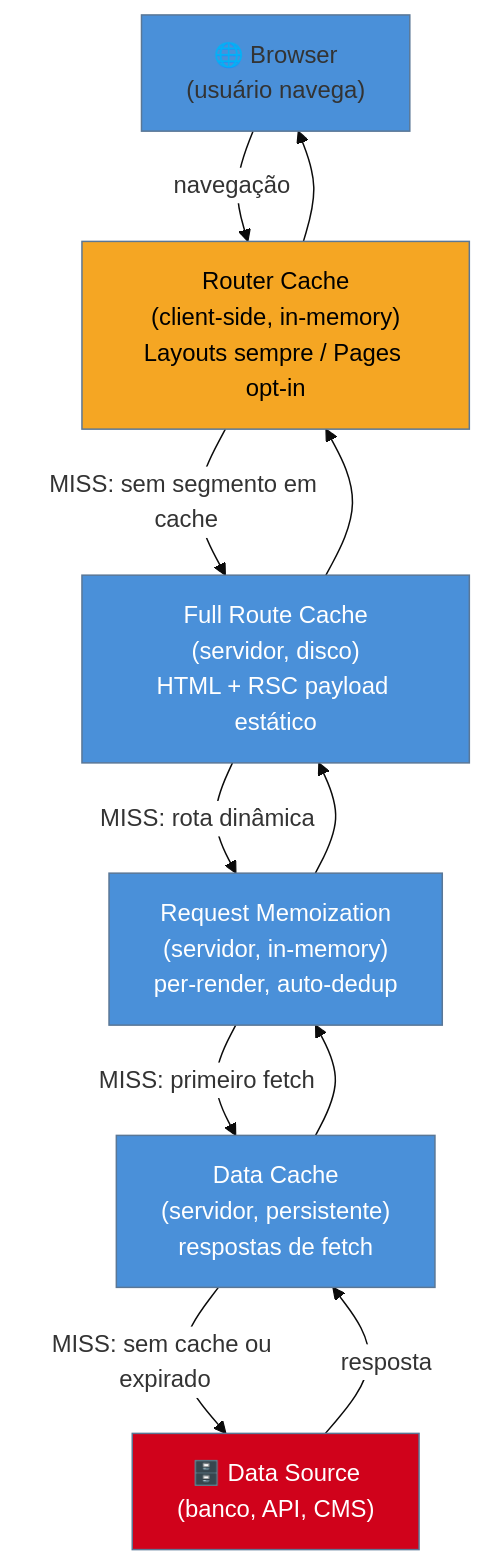
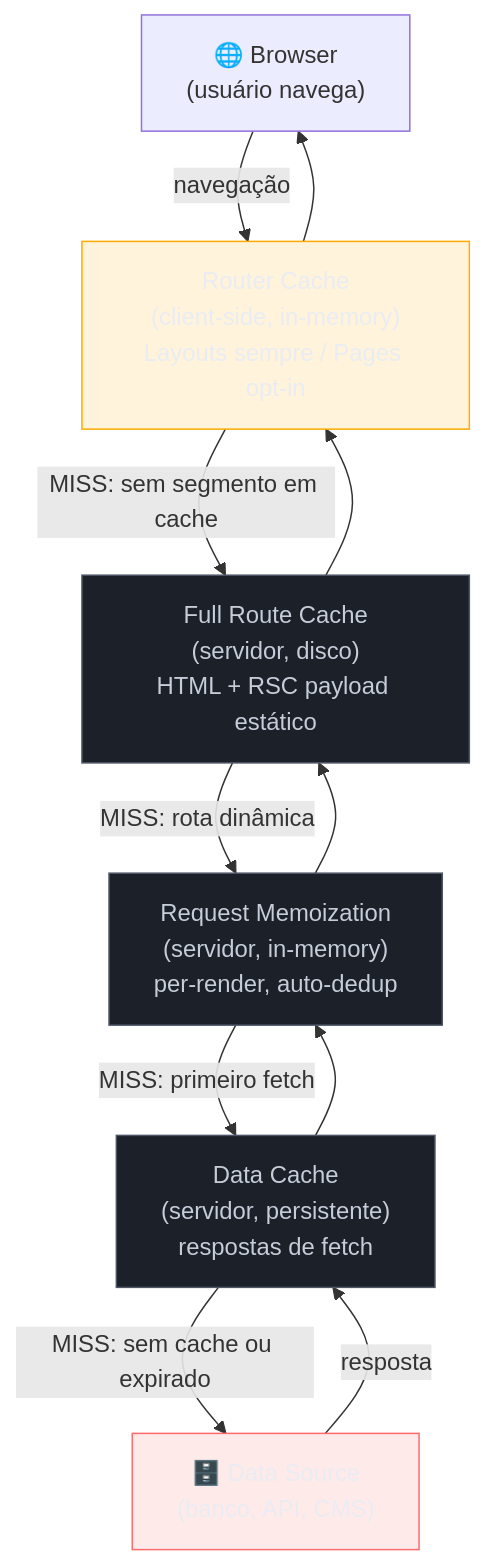
Before and after one commit to josenaldo/codex-technomanticus: the first of 2 diagrams in 03-Dominios/Tecnologia/React/Next.js/07 - O modelo de caching do Next 15.md, drawn with Mermaid. The commit also changed other lines of this file and 1181 other files, not shown here.

First line of the commit message:
fix(diagramas): paleta do sistema no lugar de cor cravada no markdown

````diff
--- a/03-Dominios/Tecnologia/React/Next.js/07 - O modelo de caching do Next 15.md
+++ b/03-Dominios/Tecnologia/React/Next.js/07 - O modelo de caching do Next 15.md
@@ -37,27 +37,29 @@
 ```mermaid
-%%{init: {"theme": "base", "themeVariables": {"primaryColor": "#4A90D9", "edgeLabelBackground": "#ffffff"}}}%%
 graph TD
+    classDef destaque fill:#FFAA0024,stroke:#FFAA00,color:#E9ECF2
+    classDef neutro fill:#1B2029,stroke:#4E5666,color:#C6CCD8
+    classDef falha fill:#FF6B6B24,stroke:#FF6B6B,color:#E9ECF2
     Browser["🌐 Browser\n(usuário navega)"]
     RC["Router Cache\n(client-side, in-memory)\nLayouts sempre / Pages opt-in"]
     FRC["Full Route Cache\n(servidor, disco)\nHTML + RSC payload estático"]
     DC["Data Cache\n(servidor, persistente)\nrespostas de fetch"]
     RM["Request Memoization\n(servidor, in-memory)\nper-render, auto-dedup"]
     DB["🗄️ Data Source\n(banco, API, CMS)"]
 
     Browser -->|"navegação"| RC
     RC -->|"MISS: sem segmento em cache"| FRC
     FRC -->|"MISS: rota dinâmica"| RM
     RM -->|"MISS: primeiro fetch"| DC
     DC -->|"MISS: sem cache ou expirado"| DB
     DB -->|"resposta"| DC
     DC --> RM
     RM --> FRC
     FRC --> RC
     RC --> Browser
 
-    style RC fill:#F5A623,color:#000
-    style FRC fill:#4A90D9,color:#fff
-    style DC fill:#4A90D9,color:#fff
-    style RM fill:#4A90D9,color:#fff
-    style DB fill:#D0021B,color:#fff
+    class RC destaque
+    class FRC neutro
+    class DC neutro
+    class RM neutro
+    class DB falha
 ```
````
